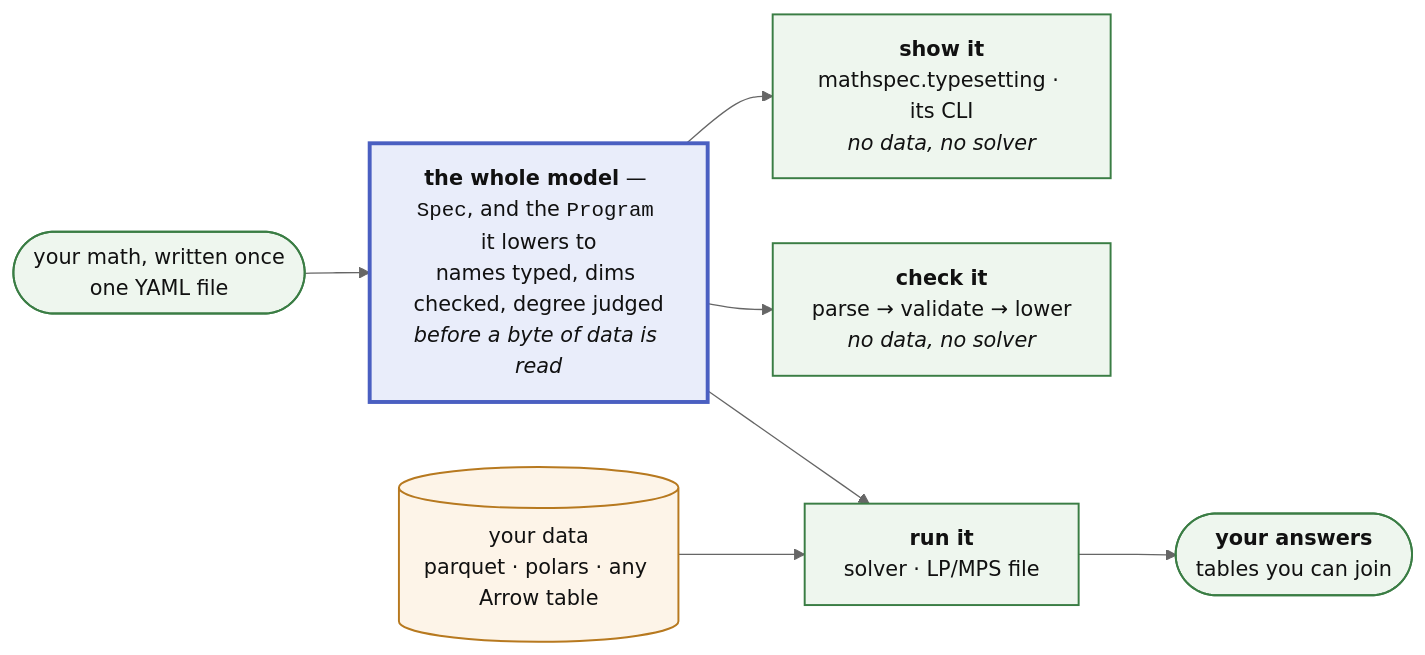
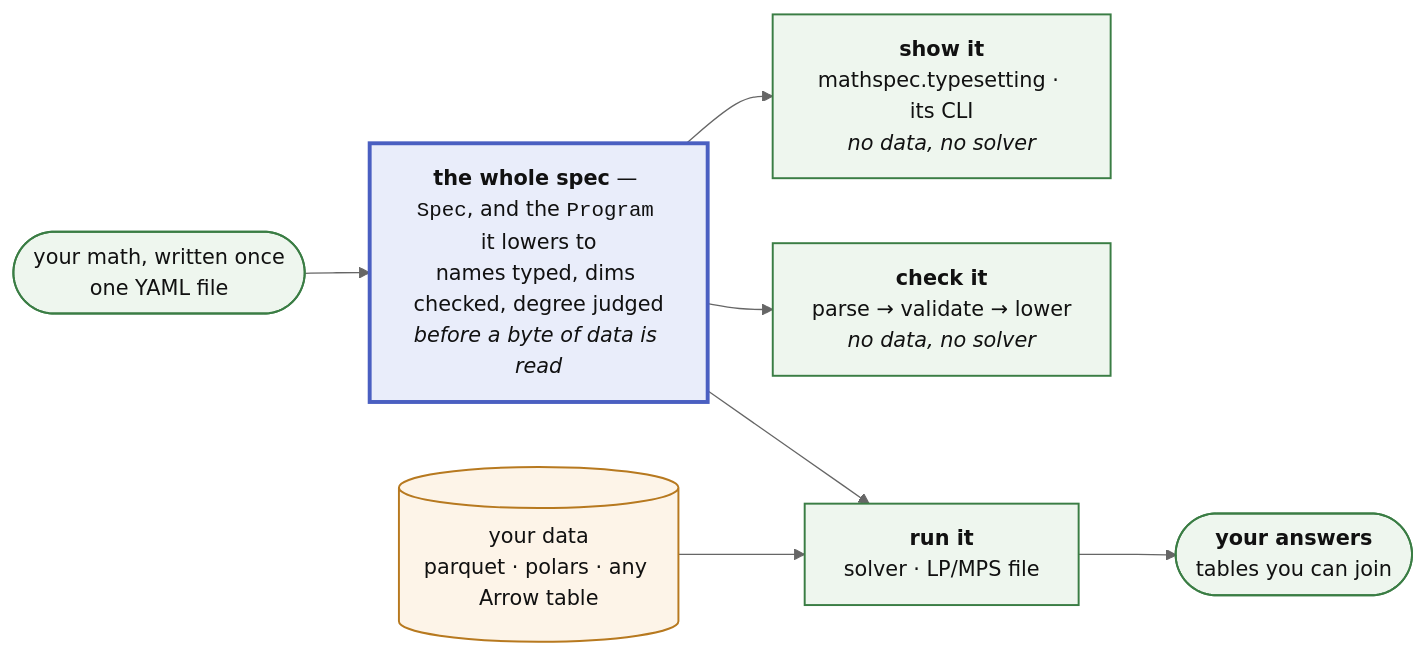
One commit to fluxopt/lpspec changed the second of 2 diagrams in docs/about/architecture.md. Above: the diagram before and after it, drawn with Mermaid (neutral theme). The commit also changed other lines of this file and 119 other files, not shown here.

First line of the commit message:
feat!: specsolve requires mathspec 0.2.0 and uses its words spec and model, so an archive holds its spec as spec.yaml (#1768)

````diff
--- a/docs/about/architecture.md
+++ b/docs/about/architecture.md
@@ -155,16 +155,16 @@
 ```mermaid
 flowchart LR
     Y(["your math, written once<br/>one YAML file"]) --> AST
-    AST["<b>the whole model</b> — <code>Spec</code>, and the <code>Program</code> it lowers to<br/>names typed, dims checked, degree judged<br/><i>before a byte of data is read</i>"]
+    AST["<b>the whole spec</b> — <code>Spec</code>, and the <code>Program</code> it lowers to<br/>names typed, dims checked, degree judged<br/><i>before a byte of data is read</i>"]
     AST --> SHOW["<b>show it</b><br/>mathspec.typesetting · its CLI<br/><i>no data, no solver</i>"]
     AST --> CHECK["<b>check it</b><br/>parse → validate → lower<br/><i>no data, no solver</i>"]
     AST --> RUN["<b>run it</b><br/>solver · LP/MPS file"]
     DATA[("your data<br/>parquet · polars · any Arrow table")] --> RUN
     RUN --> ANS(["<b>your answers</b><br/>tables you can join"])
     classDef built fill:#eef6ee,stroke:#3a7d44,stroke-width:1.5px,color:#111
     classDef waist fill:#e9edfa,stroke:#4a5fc1,stroke-width:3px,color:#111
     classDef data fill:#fdf4e8,stroke:#b7791f,stroke-width:1.5px,color:#111
     class Y,SHOW,CHECK,RUN,ANS built
     class AST waist
     class DATA data
 ```
````
